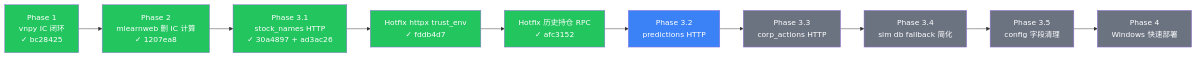
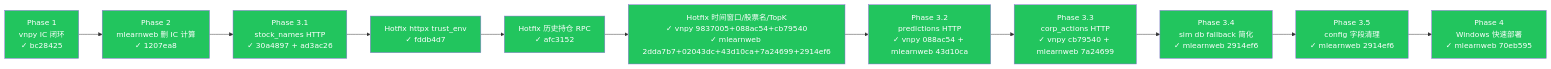
Before and after one commit to xiaospica/mlearnweb: the first of 2 diagrams in docs/plan/mlearnweb-independent-deploy-roadmap.md, drawn with Mermaid. The commit also changed other lines of this file, not shown here.

Commit message:
docs(plan): 标记路线图全部完成 (Phase 1-4 + 1 个 hotfix 集)
mermaid 进度图全节点 done. Phase 3.2-3.5 + Phase 4 + 1 套 hotfix 都贴上
对应 commit ref 方便回溯.

````diff
--- a/docs/plan/mlearnweb-independent-deploy-roadmap.md
+++ b/docs/plan/mlearnweb-independent-deploy-roadmap.md
@@ -7,19 +7,18 @@
 ```mermaid
 flowchart LR
     classDef done fill:#22c55e,color:#fff
-    classDef current fill:#3b82f6,color:#fff
-    classDef todo fill:#6b7280,color:#fff
 
     P1[Phase 1<br/>vnpy IC 闭环<br/>✓ bc28425]:::done
     P2[Phase 2<br/>mlearnweb 删 IC 计算<br/>✓ 1207ea8]:::done
     P31[Phase 3.1<br/>stock_names HTTP<br/>✓ 30a4897 + ad3ac26]:::done
     HF1[Hotfix httpx trust_env<br/>✓ fddb4d7]:::done
     HF2[Hotfix 历史持仓 RPC<br/>✓ afc3152]:::done
-    P32[Phase 3.2<br/>predictions HTTP]:::current
-    P33[Phase 3.3<br/>corp_actions HTTP]:::todo
-    P34[Phase 3.4<br/>sim db fallback 简化]:::todo
-    P35[Phase 3.5<br/>config 字段清理]:::todo
-    P4[Phase 4<br/>Windows 快速部署]:::todo
+    HF3[Hotfix 时间窗口/股票名/TopK<br/>✓ vnpy 9837005+088ac54+cb79540<br/>✓ mlearnweb 2dda7b7+02043dc+43d10ca+7a24699+2914ef6]:::done
+    P32[Phase 3.2<br/>predictions HTTP<br/>✓ vnpy 088ac54 + mlearnweb 43d10ca]:::done
+    P33[Phase 3.3<br/>corp_actions HTTP<br/>✓ vnpy cb79540 + mlearnweb 7a24699]:::done
+    P34[Phase 3.4<br/>sim db fallback 简化<br/>✓ mlearnweb 2914ef6]:::done
+    P35[Phase 3.5<br/>config 字段清理<br/>✓ mlearnweb 2914ef6]:::done
+    P4[Phase 4<br/>Windows 快速部署<br/>✓ mlearnweb 70eb595]:::done
 
-    P1 --> P2 --> P31 --> HF1 --> HF2 --> P32 --> P33 --> P34 --> P35 --> P4
+    P1 --> P2 --> P31 --> HF1 --> HF2 --> HF3 --> P32 --> P33 --> P34 --> P35 --> P4
 ```
````
